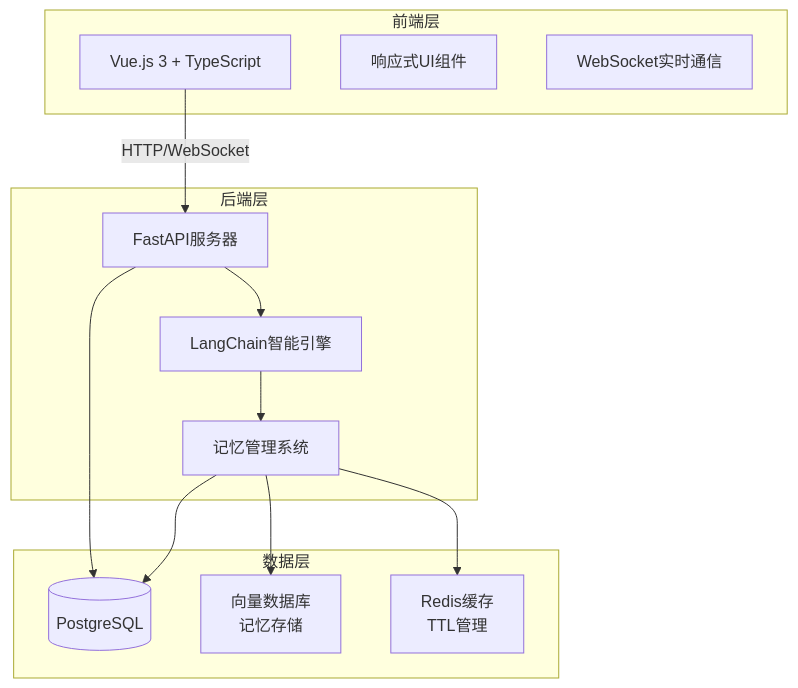
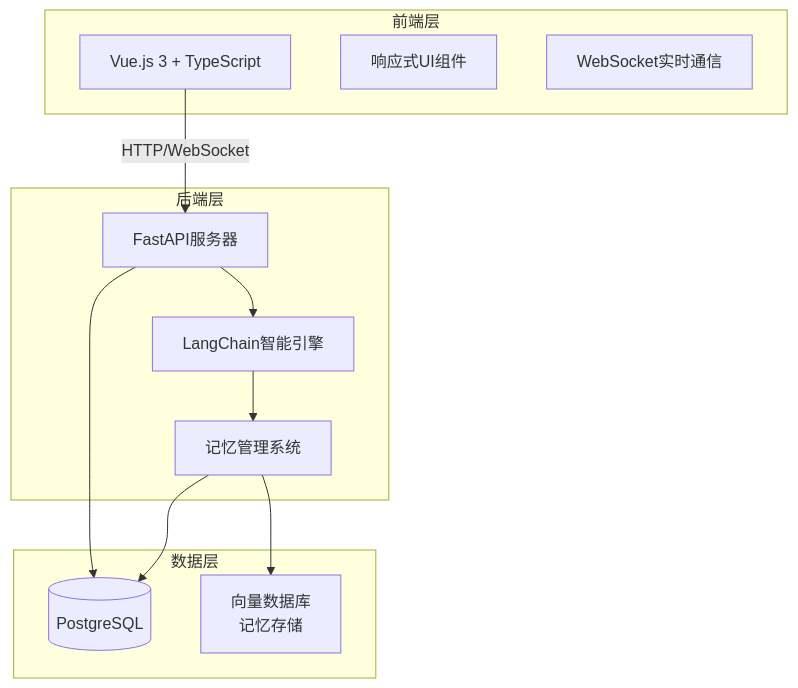
Before and after one commit to 07XYGIN/AI-GRIL-FRIEND: the diagram in readme.md, drawn with Mermaid.

Commit message:
fix(readme): 移除数据层中的Redis缓存节点

````diff
--- a/readme.md
+++ b/readme.md
@@ -26,28 +26,26 @@
 ```mermaid
 graph TB
     subgraph "前端层"
         V[Vue.js 3 + TypeScript]
         UI[响应式UI组件]
         WS[WebSocket实时通信]
     end
     
     subgraph "后端层"
         F[FastAPI服务器]
         LC[LangChain智能引擎]
         M[记忆管理系统]
     end
     
     subgraph "数据层"
         PG[(PostgreSQL)]
         VEC[向量数据库<br/>记忆存储]
-        CACHE[Redis缓存<br/>TTL管理]
     end
     
     V -->|HTTP/WebSocket| F
     F --> LC
     LC --> M
     M --> PG
     M --> VEC
-    M --> CACHE
     F --> PG
 ```
````
